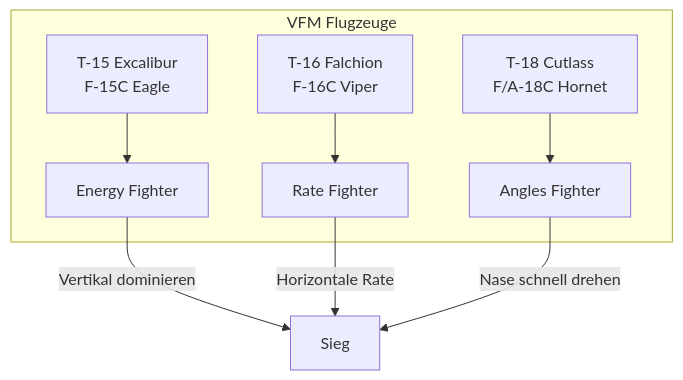
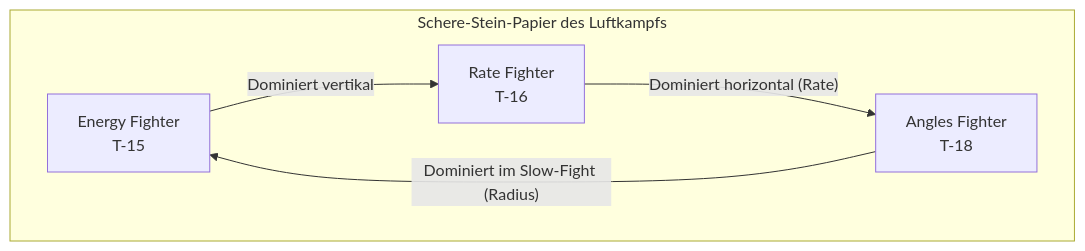
Before and after one commit to lukaio3D/VFM_Wiki: the diagram in docs/index.md, drawn with Mermaid. The commit also changed other lines of this file and 21 other files, not shown here.

````diff
--- a/docs/index.md
+++ b/docs/index.md
@@ -39,12 +37,8 @@
 ```mermaid
 flowchart TD
-    subgraph "VFM Flugzeuge"
-        T15[T-15 Excalibur\nF-15C Eagle] --> E[Energy Fighter]
-        T16[T-16 Falchion\nF-16C Viper] --> R[Rate Fighter]
-        T18[T-18 Cutlass\nF/A-18C Hornet] --> A[Angles Fighter]
+    subgraph "Schere-Stein-Papier des Luftkampfs"
+        T15["Energy Fighter<br/>T-15"] --> |"Dominiert vertikal"| T16["Rate Fighter<br/>T-16"]
+        T16 --> |"Dominiert horizontal (Rate)"| T18["Angles Fighter<br/>T-18"]
+        T18 --> |"Dominiert im Slow-Fight (Radius)"| T15
     end
-
-    E --> |"Vertikal dominieren"| WIN[Sieg]
-    R --> |"Horizontale Rate"| WIN
-    A --> |"Nase schnell drehen"| WIN
 ```
````
